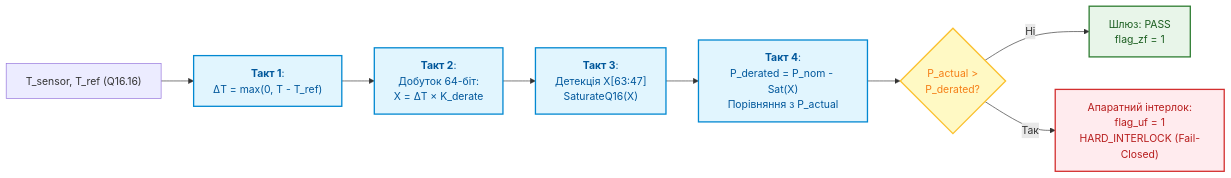
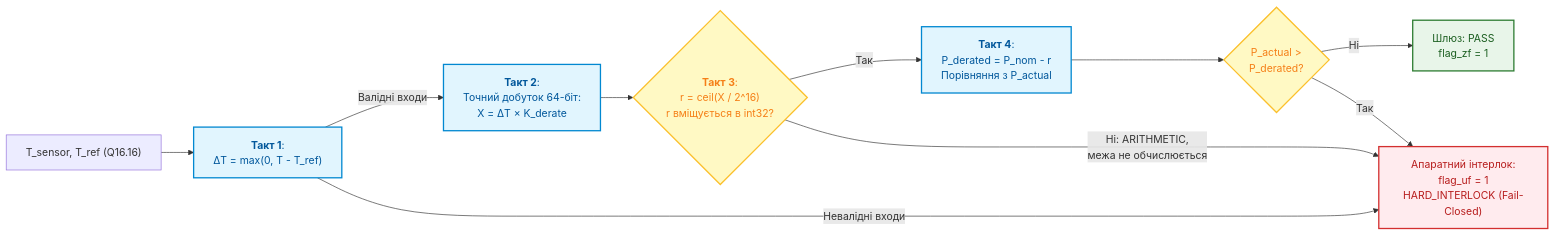
The second of 9 diagrams in ExpertSystem/ch22-cybernetics-edge-to-backend.md (nick-fedchik/articles), drawn with Mermaid before and after one commit. The commit also changed other lines of this file and 24 other files, not shown here.

````diff
--- a/ExpertSystem/ch22-cybernetics-edge-to-backend.md
+++ b/ExpertSystem/ch22-cybernetics-edge-to-backend.md
@@ -335,24 +340,26 @@
 ```mermaid
 flowchart LR
-    accTitle: Чотиритактний конвеєр апаратного гіперобмежувача з насиченням
-    accDescr: Подання вектора робочої точки на першому такті, множення з детекцією переповнення, насичення Q16.16 та прямий апаратний інтерлок.
+    accTitle: Референсний конвеєр апаратної дегресії з відмовою за переповнення
+    accDescr: Валідні входи дають добуток, округлення вгору й перевірку діапазону; переповнення переходить в інтерлок без обчислення межі.
 
     T_IN["T_sensor, T_ref (Q16.16)"] --> S1["<b>Такт 1</b>:<br/>ΔT = max(0, T - T_ref)"]
-    S1 --> S2["<b>Такт 2</b>:<br/>Добуток 64-біт:<br/>X = ΔT × K_derate"]
-    S2 --> S3["<b>Такт 3</b>:<br/>Детекція X[63:47]<br/>SaturateQ16(X)"]
-    S3 --> S4["<b>Такт 4</b>:<br/>P_derated = P_nom - Sat(X)<br/>Порівняння з P_actual"]
+    S1 -->|"Валідні входи"| S2["<b>Такт 2</b>:<br/>Точний добуток 64-біт:<br/>X = ΔT × K_derate"]
+    S2 --> S3{"<b>Такт 3</b>:<br/>r = ceil(X / 2^16)<br/>r вміщується в int32?"}
+    S3 -->|"Так"| S4["<b>Такт 4</b>:<br/>P_derated = P_nom - r<br/>Порівняння з P_actual"]
     
     S4 --> CHK{"P_actual ><br/>P_derated?"}
     CHK -- "Ні" --> OK["Шлюз: PASS<br/>flag_zf = 1"]
     CHK -- "Так" --> INT["Апаратний інтерлок:<br/>flag_uf = 1<br/>HARD_INTERLOCK (Fail-Closed)"]
+    S1 -->|"Невалідні входи"| INT
+    S3 -->|"Ні: ARITHMETIC,<br/>межа не обчислюється"| INT
 
     classDef proc fill:#e1f5fe,stroke:#0288d1,stroke-width:2px,color:#01579b;
     classDef dec fill:#fff9c4,stroke:#fbc02d,stroke-width:2px,color:#f57f17;
     classDef safe fill:#e8f5e9,stroke:#2e7d32,stroke-width:2px,color:#1b5e20;
     classDef err fill:#ffebee,stroke:#d32f2f,stroke-width:2px,color:#b71c1c;
 
-    class S1,S2,S3,S4 proc;
-    class CHK dec;
+    class S1,S2,S4 proc;
+    class S3,CHK dec;
     class OK safe;
     class INT err;
 ```
````
